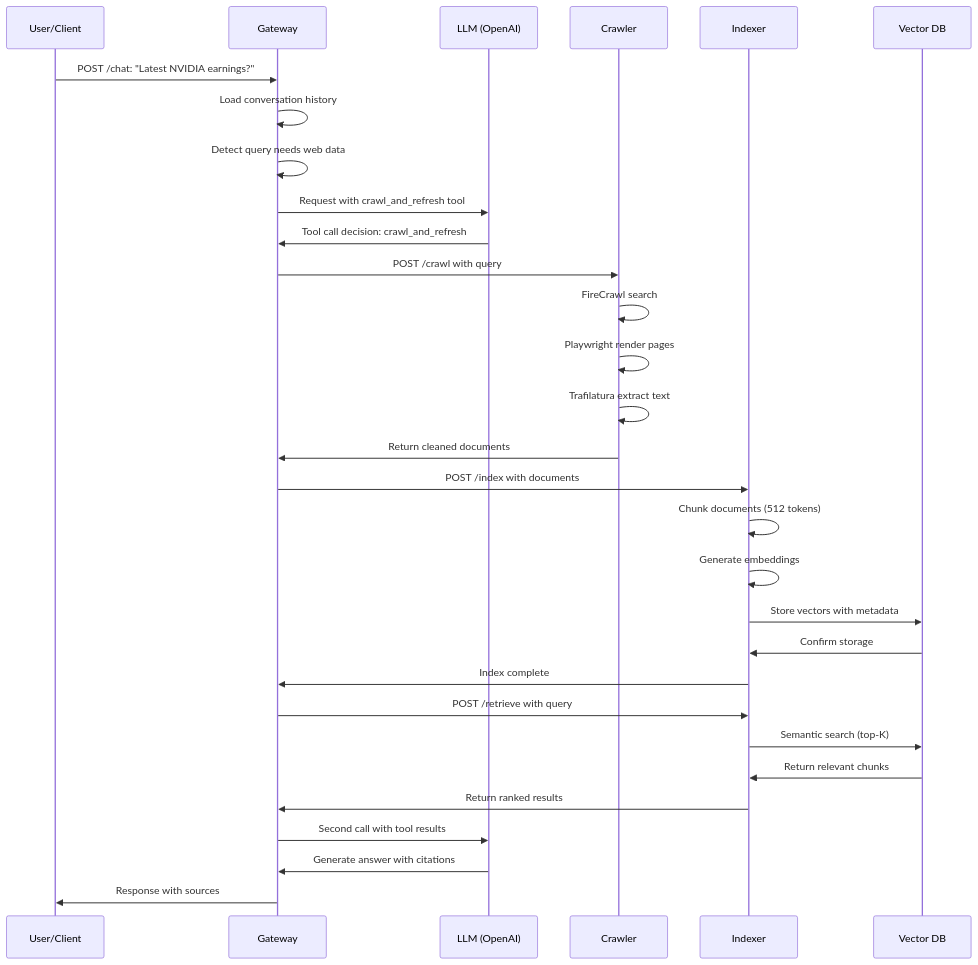
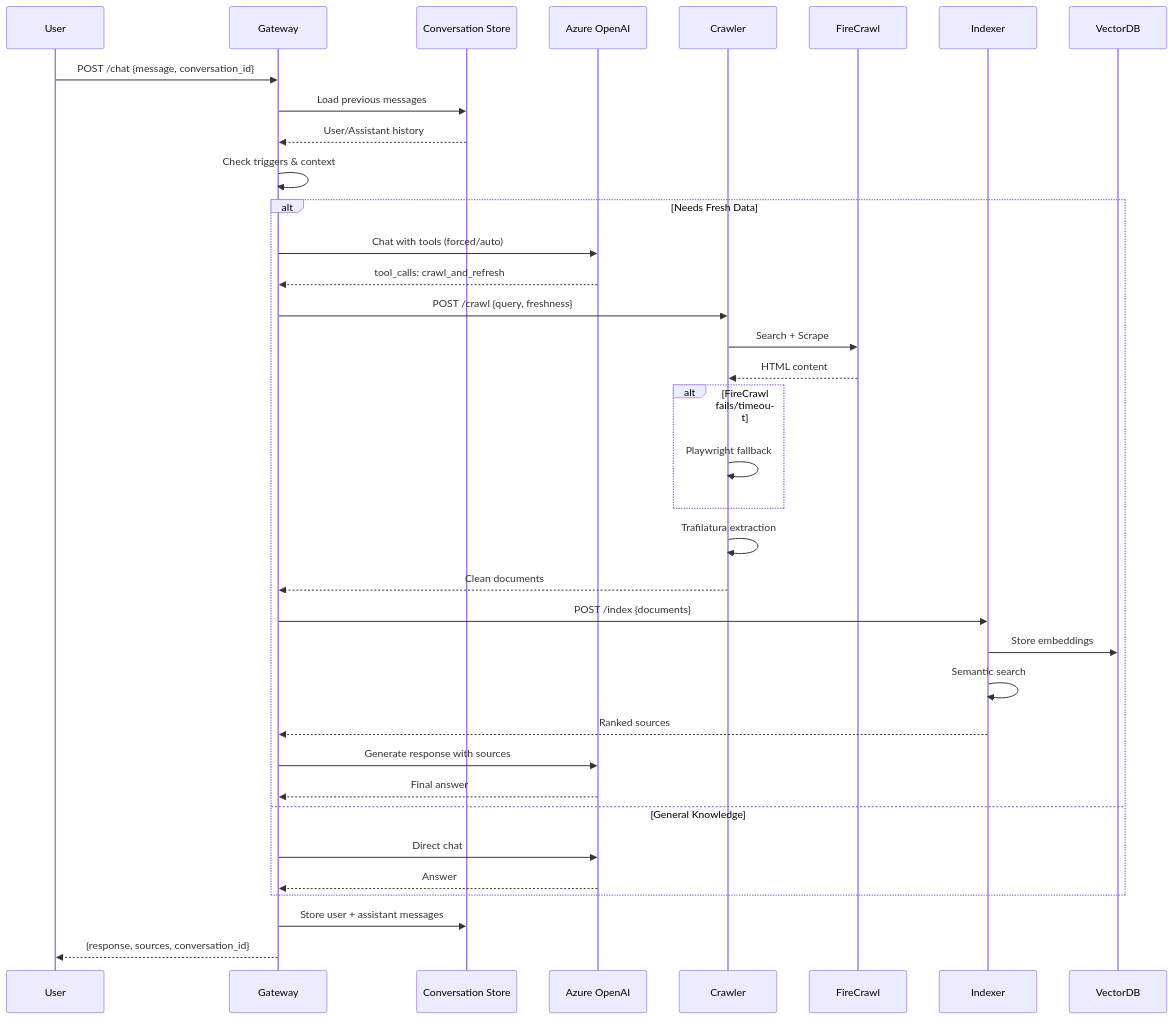
Before and after one commit to shushenglihotmail/LLMCrawl: the first of 2 diagrams in docs/ARCHITECTURE.md, drawn with Mermaid. The commit also changed other lines of this file and 15 other files, not shown here.

````diff
--- a/docs/ARCHITECTURE.md
+++ b/docs/ARCHITECTURE.md
@@ -166,33 +84,46 @@
 ```mermaid
 sequenceDiagram
-    participant U as User/Client
-    participant G as Gateway
-    participant L as LLM (OpenAI)
-    participant C as Crawler
-    participant I as Indexer
-    participant V as Vector DB
+    participant User
+    participant Gateway
+    participant ConvStore as Conversation Store
+    participant LLM as Azure OpenAI
+    participant Crawler
+    participant FireCrawl
+    participant Indexer
+    participant VectorDB
 
-    U->>G: POST /chat: "Latest NVIDIA earnings?"
-    G->>G: Load conversation history
-    G->>G: Detect query needs web data
-    G->>L: Request with crawl_and_refresh tool
-    L->>G: Tool call decision: crawl_and_refresh
-    G->>C: POST /crawl with query
-    C->>C: FireCrawl search
-    C->>C: Playwright render pages
-    C->>C: Trafilatura extract text
-    C->>G: Return cleaned documents
-    G->>I: POST /index with documents
-    I->>I: Chunk documents (512 tokens)
-    I->>I: Generate embeddings
-    I->>V: Store vectors with metadata
-    V->>I: Confirm storage
-    I->>G: Index complete
-    G->>I: POST /retrieve with query
-    I->>V: Semantic search (top-K)
-    V->>I: Return relevant chunks
-    I->>G: Return ranked results
-    G->>L: Second call with tool results
-    L->>G: Generate answer with citations
-    G->>U: Response with sources
+    User->>Gateway: POST /chat {message, conversation_id}
+    Gateway->>ConvStore: Load previous messages
+    ConvStore-->>Gateway: User/Assistant history
+    Gateway->>Gateway: Check triggers & context
+
+    alt Needs Fresh Data
+        Gateway->>LLM: Chat with tools (forced/auto)
+        LLM-->>Gateway: tool_calls: crawl_and_refresh
+        Gateway->>Crawler: POST /crawl {query, freshness}
+
+        Crawler->>FireCrawl: Search + Scrape
+        FireCrawl-->>Crawler: HTML content
+
+        alt FireCrawl fails/timeout
+            Crawler->>Crawler: Playwright fallback
+        end
+
+        Crawler->>Crawler: Trafilatura extraction
+        Crawler-->>Gateway: Clean documents
+
+        Gateway->>Indexer: POST /index {documents}
+        Indexer->>VectorDB: Store embeddings
+        Indexer->>Indexer: Semantic search
+        Indexer-->>Gateway: Ranked sources
+
+        Gateway->>LLM: Generate response with sources
+        LLM-->>Gateway: Final answer
+    else General Knowledge
+        Gateway->>LLM: Direct chat
+        LLM-->>Gateway: Answer
+    end
+
+    Gateway->>ConvStore: Store user + assistant messages
+    Gateway-->>User: {response, sources, conversation_id}
 ```
````
